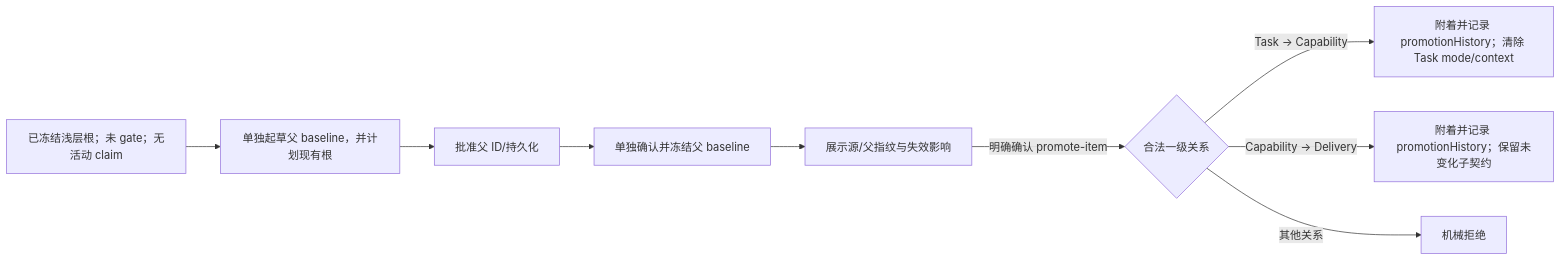
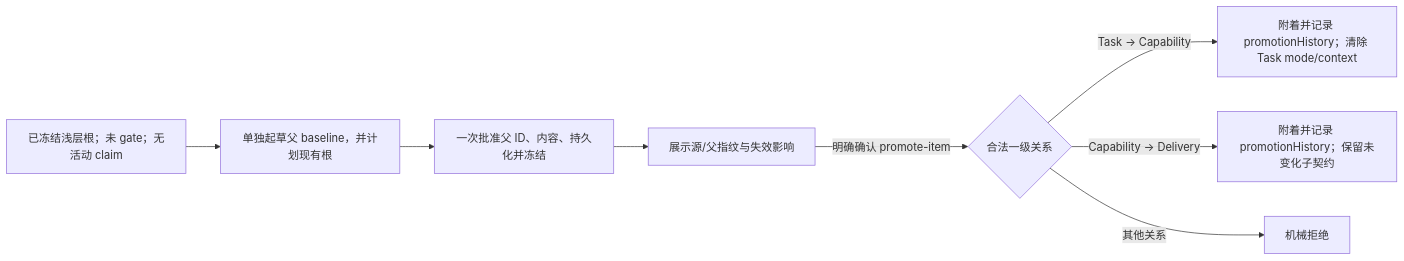
One commit to feng123321li/gated-ai-dev-loop changed the second of 3 diagrams in skills/hierarchical-delivery-governance/references/workflow.md. Above: the diagram before and after it, drawn with Mermaid. The commit also changed other lines of this file and 13 other files, not shown here.

````diff
--- a/skills/hierarchical-delivery-governance/references/workflow.md
+++ b/skills/hierarchical-delivery-governance/references/workflow.md
@@ -42,11 +41,10 @@
 ```mermaid
 flowchart LR
     S["已冻结浅层根；未 gate；无活动 claim"] --> P["单独起草父 baseline，并计划现有根"]
-    P --> C1["批准父 ID/持久化"]
-    C1 --> F["单独确认并冻结父 baseline"]
+    P --> F["一次批准父 ID、内容、持久化并冻结"]
     F --> C2["展示源/父指纹与失效影响"]
     C2 -->|"明确确认 promote-item"| K{"合法一级关系"}
     K -->|"Task → Capability"| TC["附着并记录 promotionHistory；清除 Task mode/context"]
     K -->|"Capability → Delivery"| CD["附着并记录 promotionHistory；保留未变化子契约"]
     K -->|"其他关系"| X["机械拒绝"]
 ```
````
